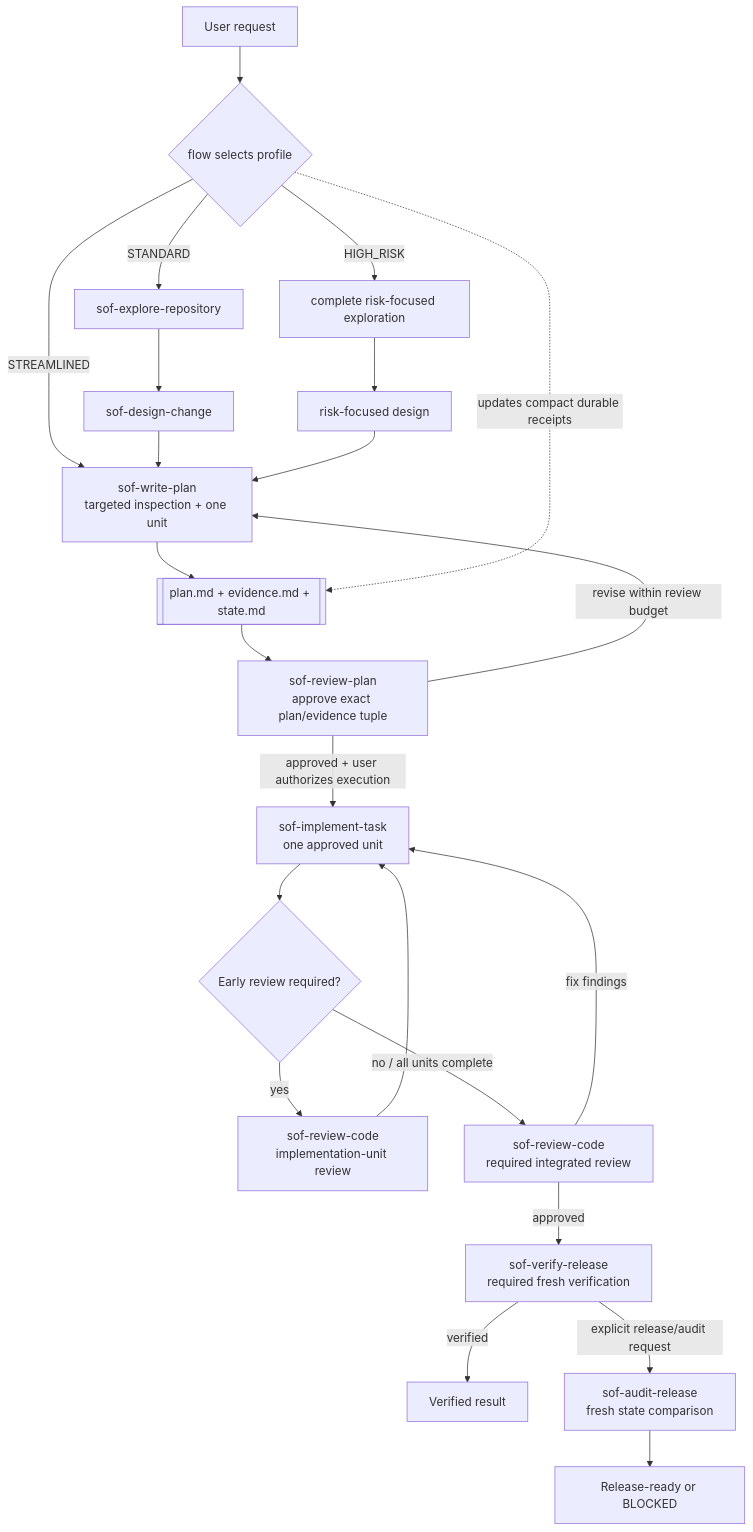
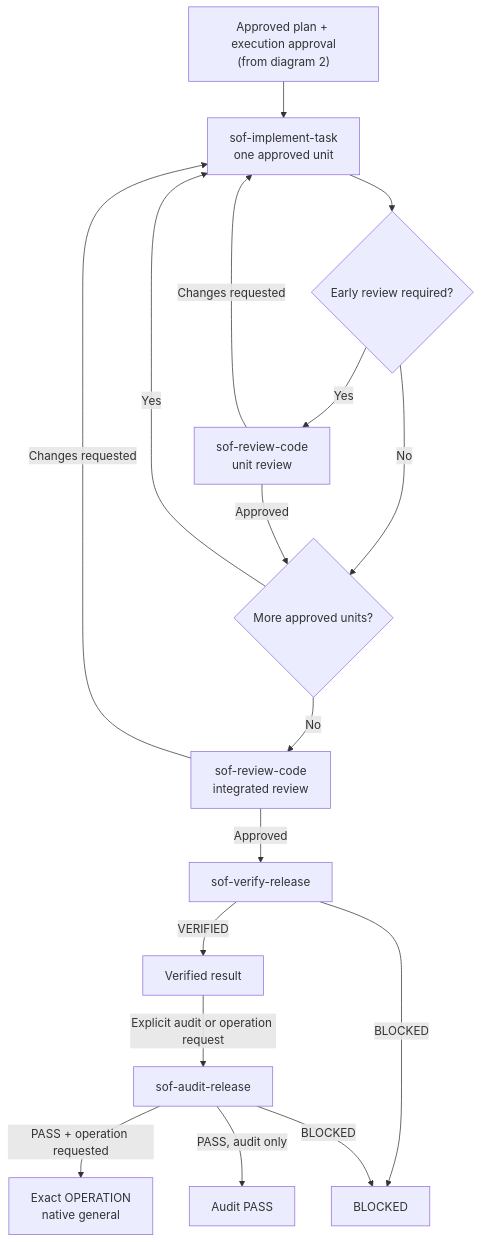
One commit to zhenyumi/simple-opencode-flow changed the third of 3 diagrams in README.md. Above: the diagram before and after it, drawn with Mermaid. The commit also changed other lines of this file, not shown here.

Commit message:
docs: rewrite README with reorganized structure and expanded workflow diagrams

````diff
--- a/README.md
+++ b/README.md
@@ -21,23 +129,19 @@
 ```mermaid
 flowchart TD
-    U["User request"] --> F{"flow selects profile"}
-    F -- "STREAMLINED" --> W["sof-write-plan<br/>targeted inspection + one unit"]
-    F -- "STANDARD" --> E["sof-explore-repository"] --> D["sof-design-change"] --> W
-    F -- "HIGH_RISK" --> HE["complete risk-focused exploration"] --> HD["risk-focused design"] --> W
-
-    W --> A[["plan.md + evidence.md + state.md"]]
-    A --> RP["sof-review-plan<br/>approve exact plan/evidence tuple"]
-    RP -- "revise within review budget" --> W
-    RP -- "approved + user authorizes execution" --> I["sof-implement-task<br/>one approved unit"]
-
-    I --> UR{"Early review required?"}
-    UR -- "yes" --> RC["sof-review-code<br/>implementation-unit review"] --> I
-    UR -- "no / all units complete" --> IR["sof-review-code<br/>required integrated review"]
-    IR -- "fix findings" --> I
-    IR -- "approved" --> V["sof-verify-release<br/>required fresh verification"]
-    V -- "verified" --> DONE["Verified result"]
-    V -- "explicit release/audit request" --> AR["sof-audit-release<br/>fresh state comparison"]
-    AR --> READY["Release-ready or BLOCKED"]
-
-    F -. "updates compact durable receipts" .-> A
+    X["Approved plan + execution approval<br/>(from diagram 2)"] --> I["sof-implement-task<br/>one approved unit"]
+    I --> E{"Early review required?"}
+    E -- "Yes" --> UR["sof-review-code<br/>unit review"]
+    E -- "No" --> M{"More approved units?"}
+    UR -- "Approved" --> M
+    UR -- "Changes requested" --> I
+    M -- "Yes" --> I
+    M -- "No" --> IR["sof-review-code<br/>integrated review"]
+    IR -- "Changes requested" --> I
+    IR -- "Approved" --> V["sof-verify-release"]
+    V -- "VERIFIED" --> DONE["Verified result"]
+    V -- "BLOCKED" --> B["BLOCKED"]
+    DONE -- "Explicit audit or operation request" --> AU["sof-audit-release"]
+    AU -- "PASS + operation requested" --> O["Exact OPERATION<br/>native general"]
+    AU -- "PASS, audit only" --> PASS["Audit PASS"]
+    AU -- "BLOCKED" --> B
 ```
````
